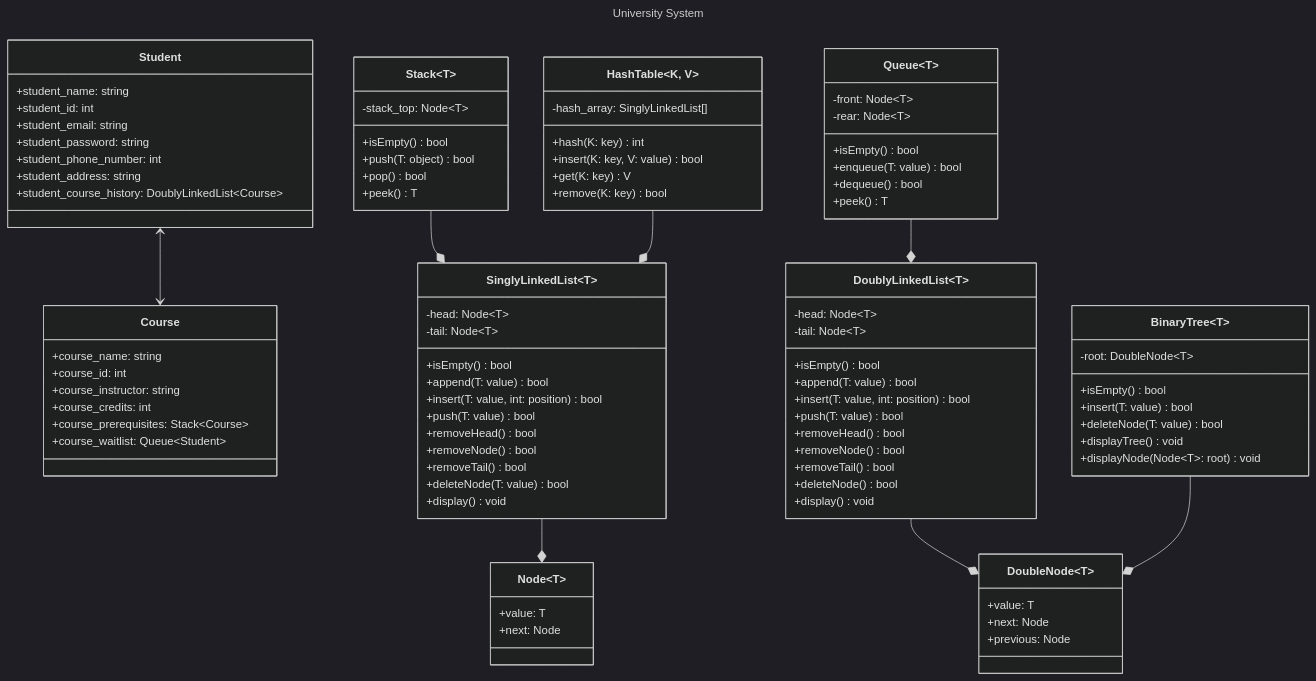
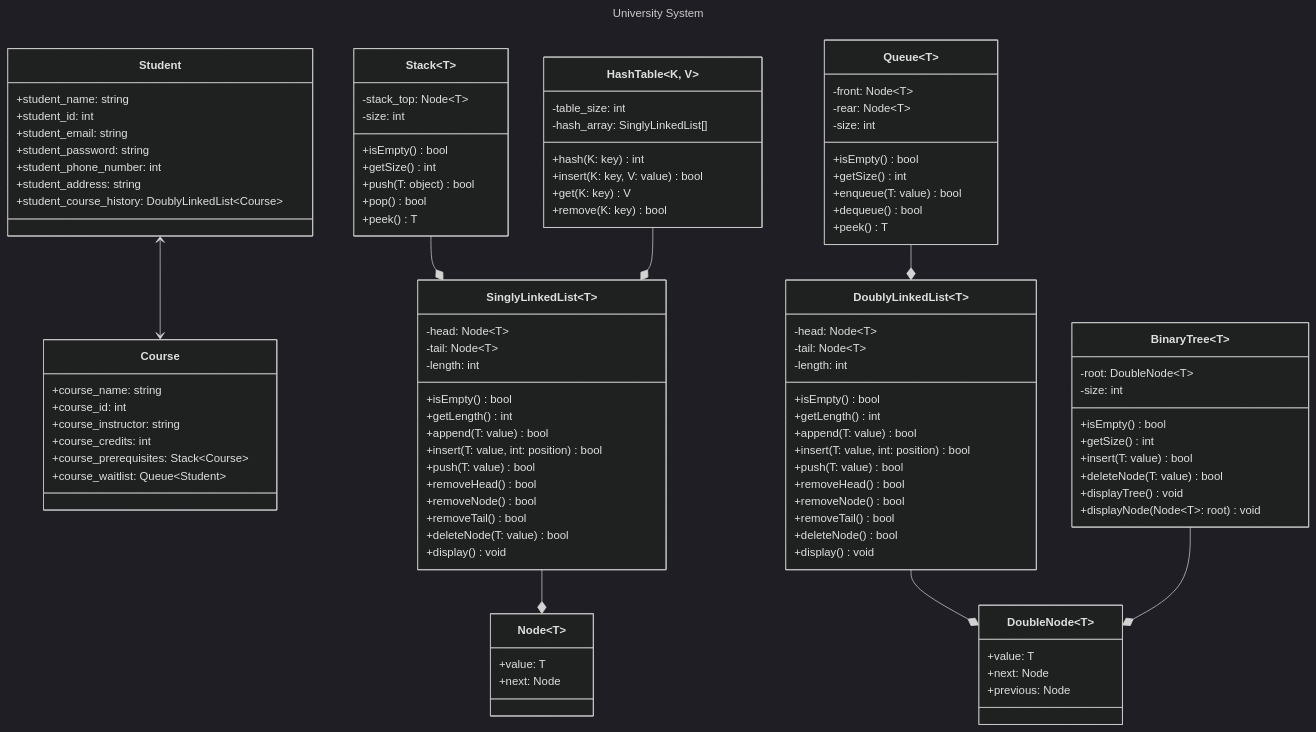
One commit to Darth-218/university-system changed the diagram in 00-project.md. Above: the diagram before and after it, drawn with Mermaid (dark theme). The commit also changed 7 other files, not shown here.

```diff
--- a/00-project.md
+++ b/00-project.md
@@ -59,7 +59,9 @@
 class SinglyLinkedList~T~ {
 	-head: Node~T~
 	-tail: Node~T~
+	-length: int
 	+isEmpty() bool
+	+getLength() int
 	+append(T: value) bool
 	+insert(T: value, int: position) bool
 	+push(T: value) bool
@@ -71,7 +73,9 @@
 }
 class Stack~T~ {
 	-stack_top: Node~T~
+	-size: int
 	+isEmpty() bool
+	+getSize() int
 	+push(T: object) bool
 	+pop() bool
 	+peek() T
@@ -79,7 +83,9 @@
 class DoublyLinkedList~T~ {
 	-head: Node~T~
 	-tail: Node~T~
+	-length: int
 	+isEmpty() bool
+	+getLength() int
 	+append(T: value) bool
 	+insert(T: value, int: position) bool
 	+push(T: value) bool
@@ -92,20 +98,25 @@
 class Queue~T~ {
 	-front: Node~T~
 	-rear: Node~T~
+	-size: int
 	+isEmpty() bool
+	+getSize() int
 	+enqueue(T: value) bool
 	+dequeue() bool
 	+peek() T
 }
 class BinaryTree~T~ {
 	-root: DoubleNode~T~
+	-size: int
 	+isEmpty() bool
+	+getSize() int
 	+insert(T: value) bool
 	+deleteNode(T: value) bool
 	+displayTree() void
 	+displayNode(Node~T~: root) void
 }
 class HashTable~K, V~ {
+	-table_size: int
 	-hash_array: SinglyLinkedList[]
 	+hash(K: key) int
 	+insert(K: key, V: value) bool
```
